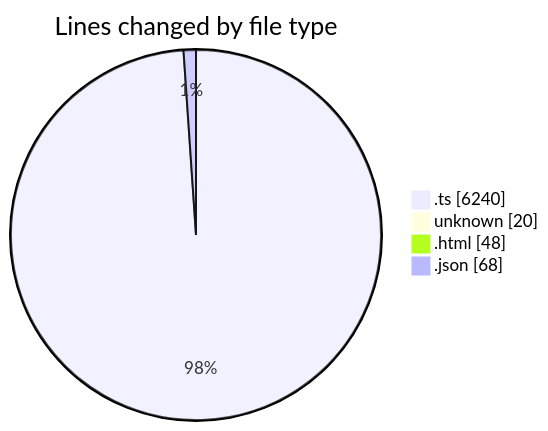
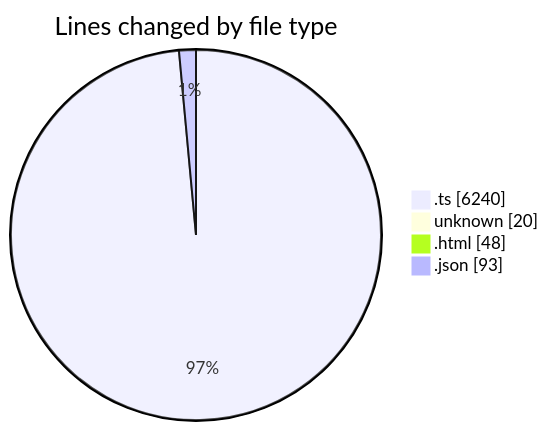
One commit to tmsrecording-cyber/code-tracking changed the first of 2 diagrams in 2026-02-06/singularitybrainai/README.md. Above: the diagram before and after it, drawn with Mermaid. The commit also changed other lines of this file and 1 other file, not shown here.

````diff
--- a/2026-02-06/singularitybrainai/README.md
+++ b/2026-02-06/singularitybrainai/README.md
@@ -32,8 +33,8 @@
 ```mermaid
 pie showData
 title Lines changed by file type
 ".ts" : 6240
 "unknown" : 20
 ".html" : 48
-".json" : 68
+".json" : 93
 ```
````
